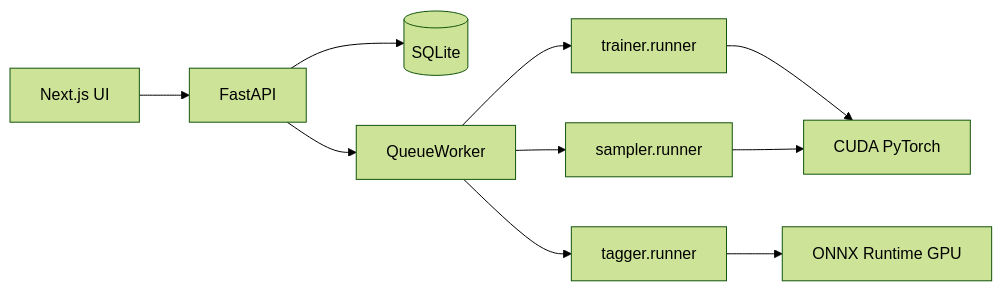
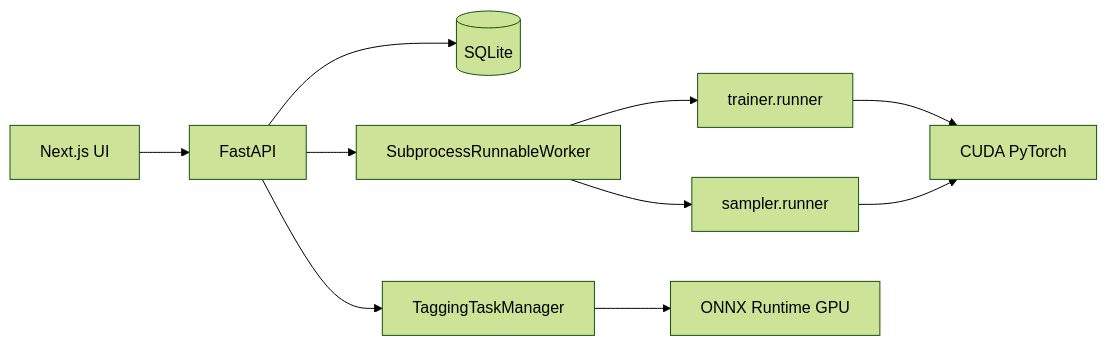
One commit to andyfirez/lora-trainer changed the diagram in README.md. Above: the diagram before and after it, drawn with Mermaid (forest theme). The commit also changed other lines of this file and 13 other files, not shown here.

````diff
--- a/README.md
+++ b/README.md
@@ -20,12 +20,12 @@
 ```mermaid
 flowchart LR
     UI[Next.js UI] --> API[FastAPI]
     API --> DB[(SQLite)]
-    API --> Worker[QueueWorker]
+    API --> TagMgr[TaggingTaskManager]
+    API --> Worker[SubprocessRunnableWorker]
     Worker --> Train[trainer.runner]
     Worker --> Sample[sampler.runner]
-    Worker --> Tag[tagger.runner]
     Train --> GPU[CUDA PyTorch]
     Sample --> GPU
-    Tag --> ONNX[ONNX Runtime GPU]
+    TagMgr --> ONNX[ONNX Runtime GPU]
 ```
````
